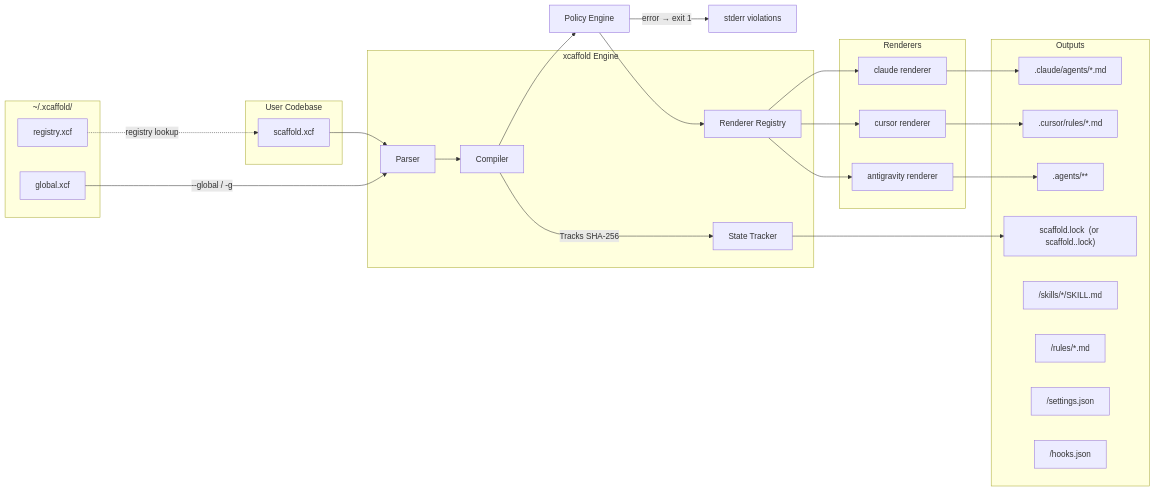
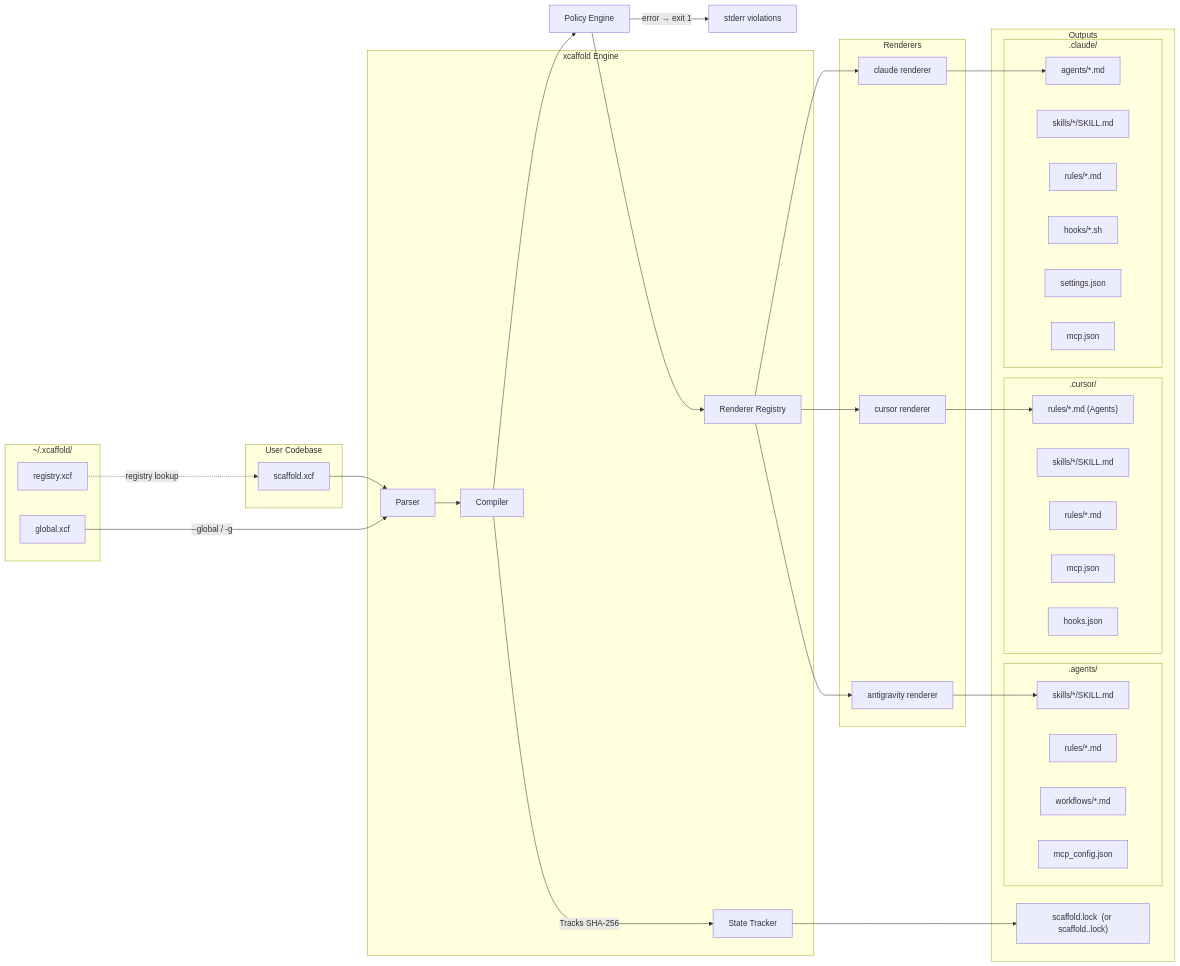
One commit to saero-ai/xcaffold changed the diagram in docs/concepts/architecture.md. Above: the diagram before and after it, drawn with Mermaid. The commit also changed other lines of this file, not shown here.

First line of the commit message:
docs(architecture): map target directories and policy enforcement

````diff
--- a/docs/concepts/architecture.md
+++ b/docs/concepts/architecture.md
@@ -14,48 +14,65 @@
 ```mermaid
 graph LR
   subgraph Global Home ["~/.xcaffold/"]
     R[registry.xcf]
     GC[global.xcf]
   end
 
   subgraph User Codebase
     A[scaffold.xcf]
   end
 
   subgraph xcaffold Engine
     B[Parser]
     C[Compiler]
     D[State Tracker]
     RG[Renderer Registry]
   end
 
   subgraph Renderers
     RC[claude renderer]
     RCU[cursor renderer]
     RA[antigravity renderer]
   end
 
   subgraph Outputs
-    E1[".claude/agents/*.md"]
-    E2[".cursor/rules/*.md"]
-    E3[".agents/**"]
     F["scaffold.lock  (or scaffold.<target>.lock)"]
-    G["<target>/skills/*/SKILL.md"]
-    H["<target>/rules/*.md"]
-    I["<target>/settings.json"]
-    J["<target>/hooks.json"]
+    
+    subgraph .claude/
+      C1["agents/*.md"]
+      C2["skills/*/SKILL.md"]
+      C3["rules/*.md"]
+      C4["hooks/*.sh"]
+      C5["settings.json"]
+      C6["mcp.json"]
+    end
+    
+    subgraph .cursor/
+      CU1["rules/*.md (Agents)"]
+      CU2["skills/*/SKILL.md"]
+      CU3["rules/*.md"]
+      CU4["mcp.json"]
+      CU5["hooks.json"]
+    end
+    
+    subgraph .agents/
+      A1["skills/*/SKILL.md"]
+      A2["rules/*.md"]
+      A3["workflows/*.md"]
+      A4["mcp_config.json"]
+    end
   end
 
   R -..->|registry lookup| A
   GC -->|"--global / -g"| B
   A --> B
   B --> C
   C --> PE[Policy Engine]
   PE --> RG
   PE -->|"error → exit 1"| FAIL["stderr violations"]
-  RG --> RC --> E1
-  RG --> RCU --> E2
-  RG --> RA --> E3
+  RG --> RC --> C1
+  RG --> RCU --> CU1
+  RG --> RA --> A1
   C -->|Tracks SHA-256| D
   D --> F
 ```
````
